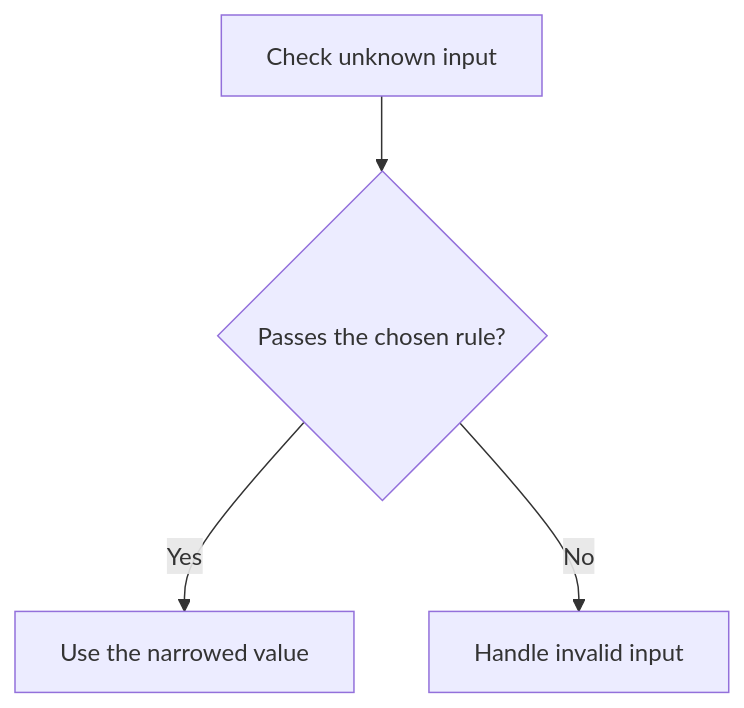
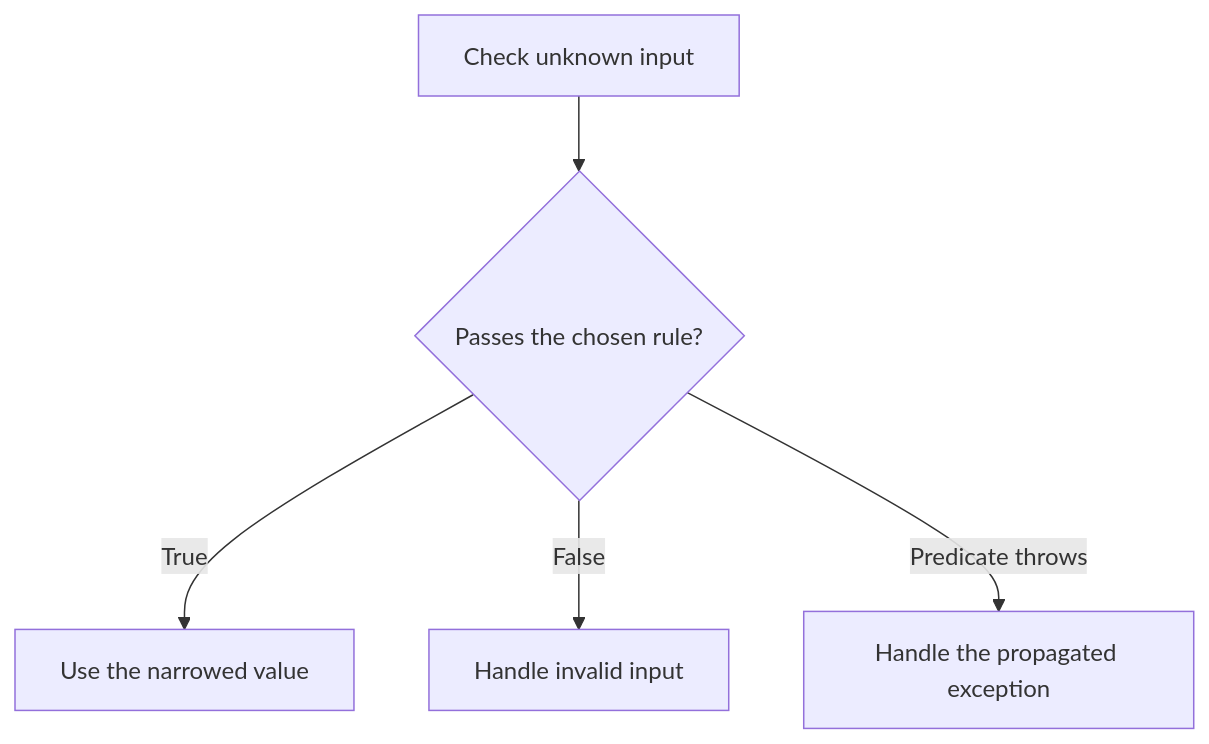
Before and after one commit to Kevinjohn/oss-adonisjs-lucid-checked-columns: the first of 2 diagrams in user-stories/US-COLUMN-04-compose-json-predicates.md, drawn with Mermaid. The commit also changed other lines of this file and 4 other files, not shown here.

Commit message:
docs: verify user story paths and Mermaid flows against implementation

````diff
--- a/user-stories/US-COLUMN-04-compose-json-predicates.md
+++ b/user-stories/US-COLUMN-04-compose-json-predicates.md
@@ -19,6 +19,7 @@
 ```mermaid
 flowchart TD
     A["Check unknown input"] --> B{"Passes the chosen rule?"}
-    B -->|Yes| C["Use the narrowed value"]
-    B -->|No| D["Handle invalid input"]
+    B -->|True| C["Use the narrowed value"]
+    B -->|False| D["Handle invalid input"]
+    B -->|Predicate throws| E["Handle the propagated exception"]
 ```
````
